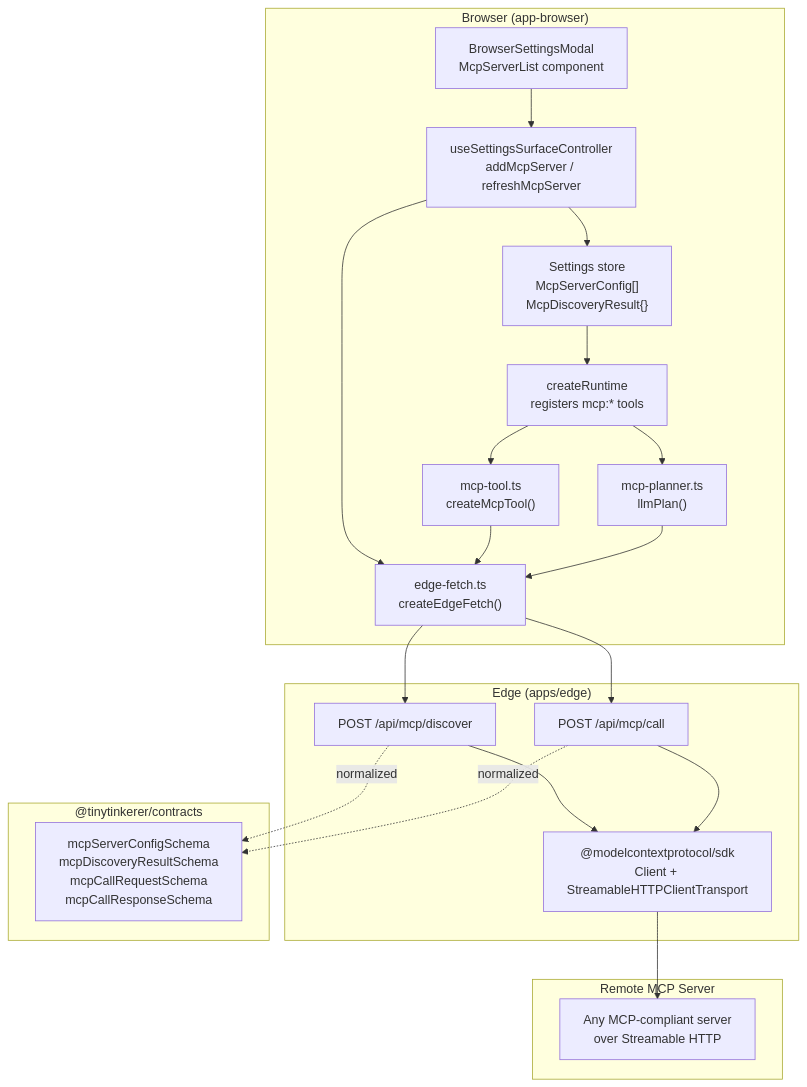
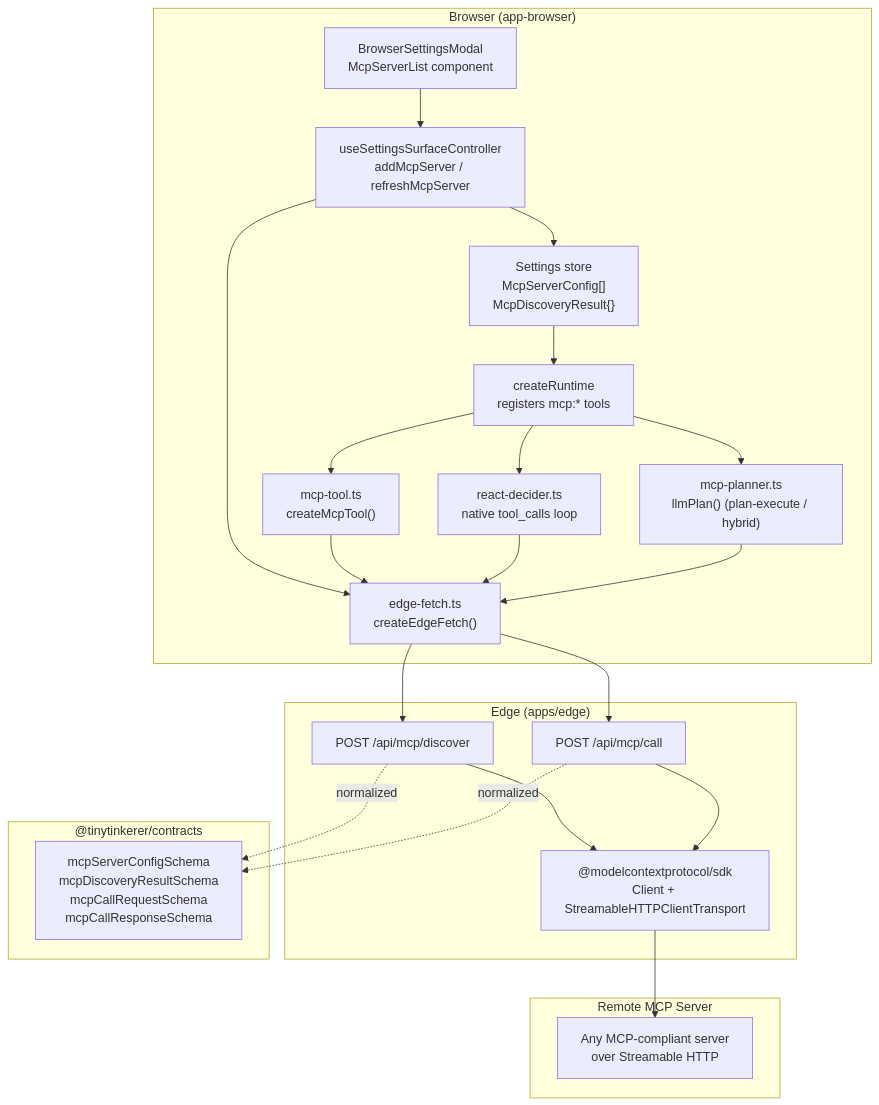
One commit to NNTin/tinytinkerer changed the second of 2 diagrams in docs/plugins-and-tools/mcp-integration.md. Above: the diagram before and after it, drawn with Mermaid. The commit also changed other lines of this file and 7 other files, not shown here.

First line of the commit message:
feat(runtime): run iterative MCP workflows in one turn (#510, T4)

````diff
--- a/docs/plugins-and-tools/mcp-integration.md
+++ b/docs/plugins-and-tools/mcp-integration.md
@@ -83,42 +113,45 @@
 ```mermaid
 flowchart TD
     subgraph Browser["Browser (app-browser)"]
         settings["Settings store\nMcpServerConfig[]\nMcpDiscoveryResult{}"]
         surface["useSettingsSurfaceController\naddMcpServer / refreshMcpServer"]
         modal["BrowserSettingsModal\nMcpServerList component"]
         runtime["createRuntime\nregisters mcp:* tools"]
-        planner["mcp-planner.ts\nllmPlan()"]
+        decider["react-decider.ts\nnative tool_calls loop"]
+        planner["mcp-planner.ts\nllmPlan() (plan-execute / hybrid)"]
         tool["mcp-tool.ts\ncreateMcpTool()"]
         fetch["edge-fetch.ts\ncreateEdgeFetch()"]
     end
 
     subgraph Edge["Edge (apps/edge)"]
         discover["POST /api/mcp/discover"]
         mcpcall["POST /api/mcp/call"]
         sdk["@modelcontextprotocol/sdk\nClient + StreamableHTTPClientTransport"]
     end
 
     subgraph Remote["Remote MCP Server"]
         mcp["Any MCP-compliant server\nover Streamable HTTP"]
     end
 
     subgraph Contracts["@tinytinkerer/contracts"]
         schemas["mcpServerConfigSchema\nmcpDiscoveryResultSchema\nmcpCallRequestSchema\nmcpCallResponseSchema"]
     end
 
     modal --> surface
     surface --> settings
     surface --> fetch
     fetch --> discover
     fetch --> mcpcall
     runtime --> tool
+    runtime --> decider
     runtime --> planner
     tool --> fetch
+    decider --> fetch
     planner --> fetch
     discover --> sdk
     mcpcall --> sdk
     sdk --> mcp
     settings --> runtime
     discover -.->|normalized| schemas
     mcpcall -.->|normalized| schemas
 ```
````
